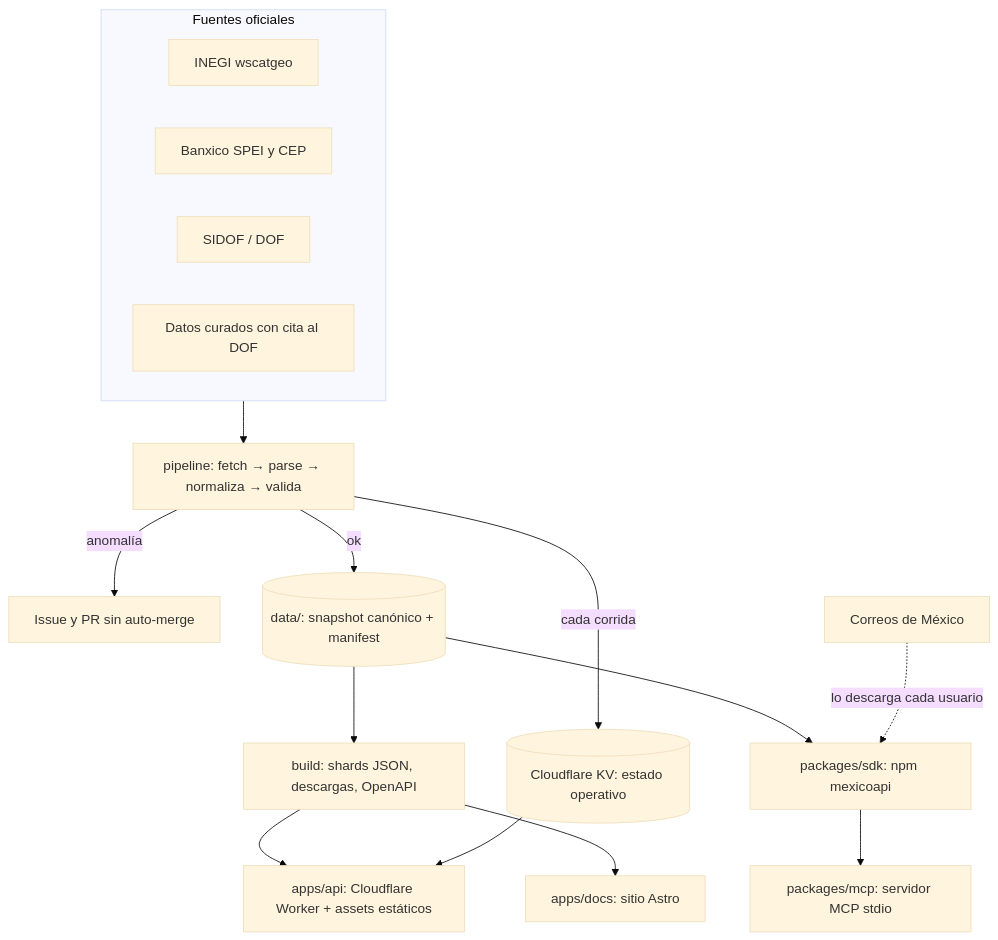
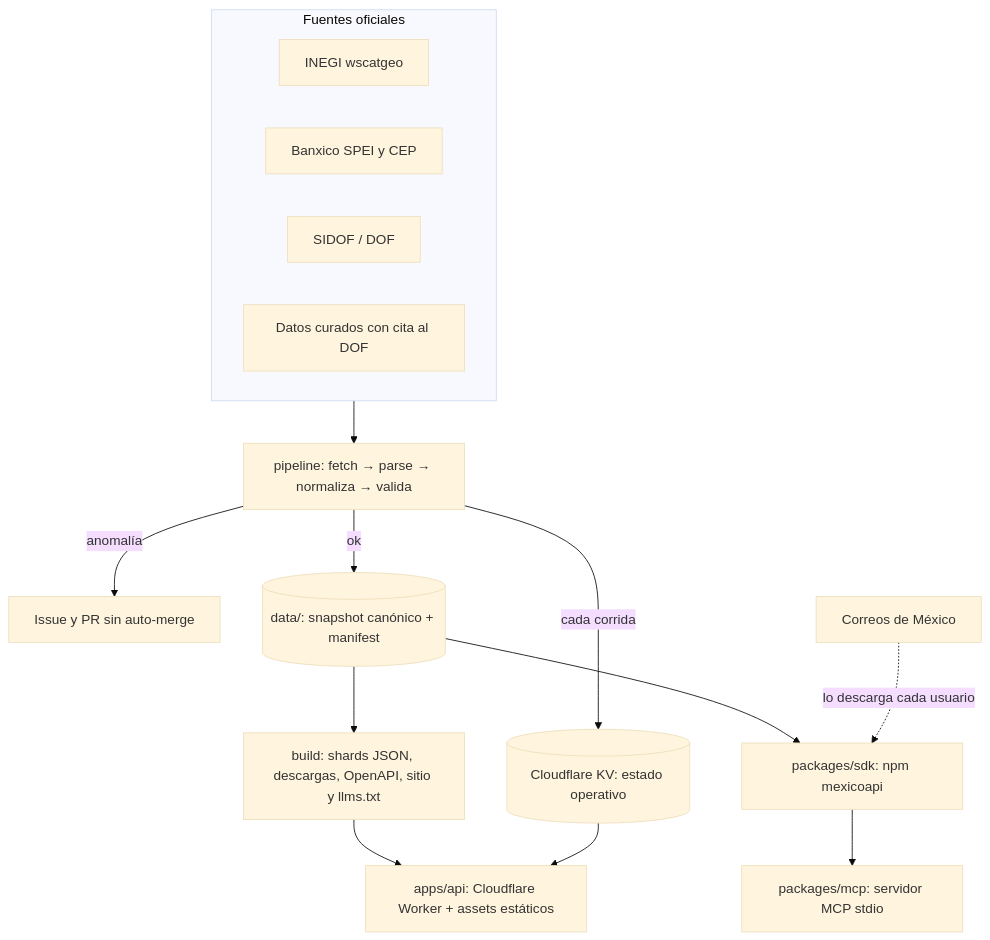
One commit to Dagel4k/mexicoapi changed the diagram in docs/diseno/arquitectura-v1.md. Above: the diagram before and after it, drawn with Mermaid (base theme). The commit also changed other lines of this file and 5 other files, not shown here.

````diff
--- a/docs/diseno/arquitectura-v1.md
+++ b/docs/diseno/arquitectura-v1.md
@@ -73,20 +73,19 @@
 ```mermaid
 flowchart TD
   subgraph F[Fuentes oficiales]
     INEGI[INEGI wscatgeo]
     BX[Banxico SPEI y CEP]
     SIDOF[SIDOF / DOF]
     CUR[Datos curados con cita al DOF]
   end
   F --> P[pipeline: fetch → parse → normaliza → valida]
   P -->|anomalía| AL[Issue y PR sin auto-merge]
   P -->|ok| S[(data/: snapshot canónico + manifest)]
-  S --> B[build: shards JSON, descargas, OpenAPI]
+  S --> B[build: shards JSON, descargas, OpenAPI, sitio y llms.txt]
   P -->|cada corrida| KV[(Cloudflare KV: estado operativo)]
   B --> W[apps/api: Cloudflare Worker + assets estáticos]
   KV --> W
-  B --> D[apps/docs: sitio Astro]
   S --> SDK[packages/sdk: npm mexicoapi]
   SDK --> MCP[packages/mcp: servidor MCP stdio]
   SEPO[Correos de México] -.->|lo descarga cada usuario| SDK
 ```
````
